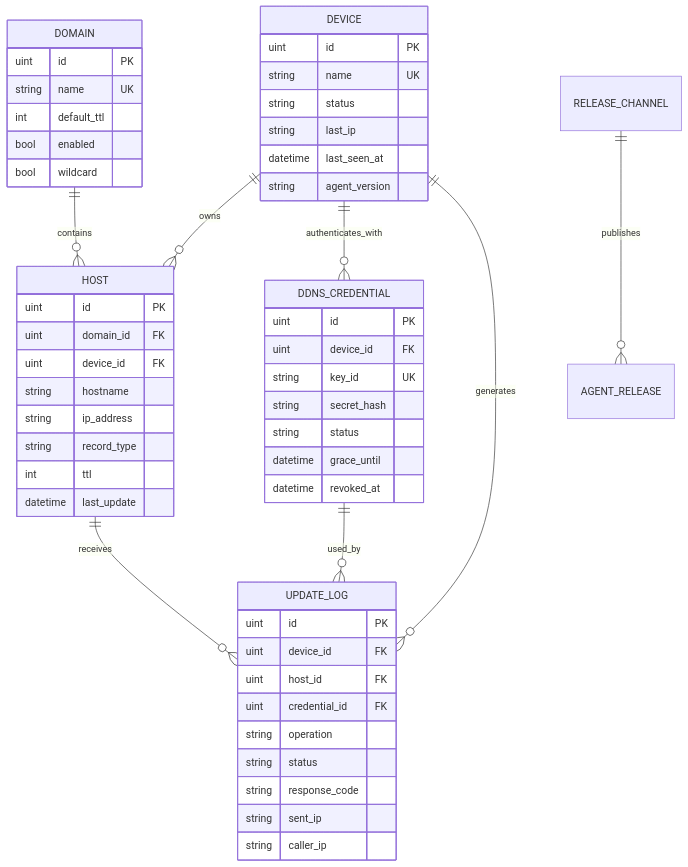
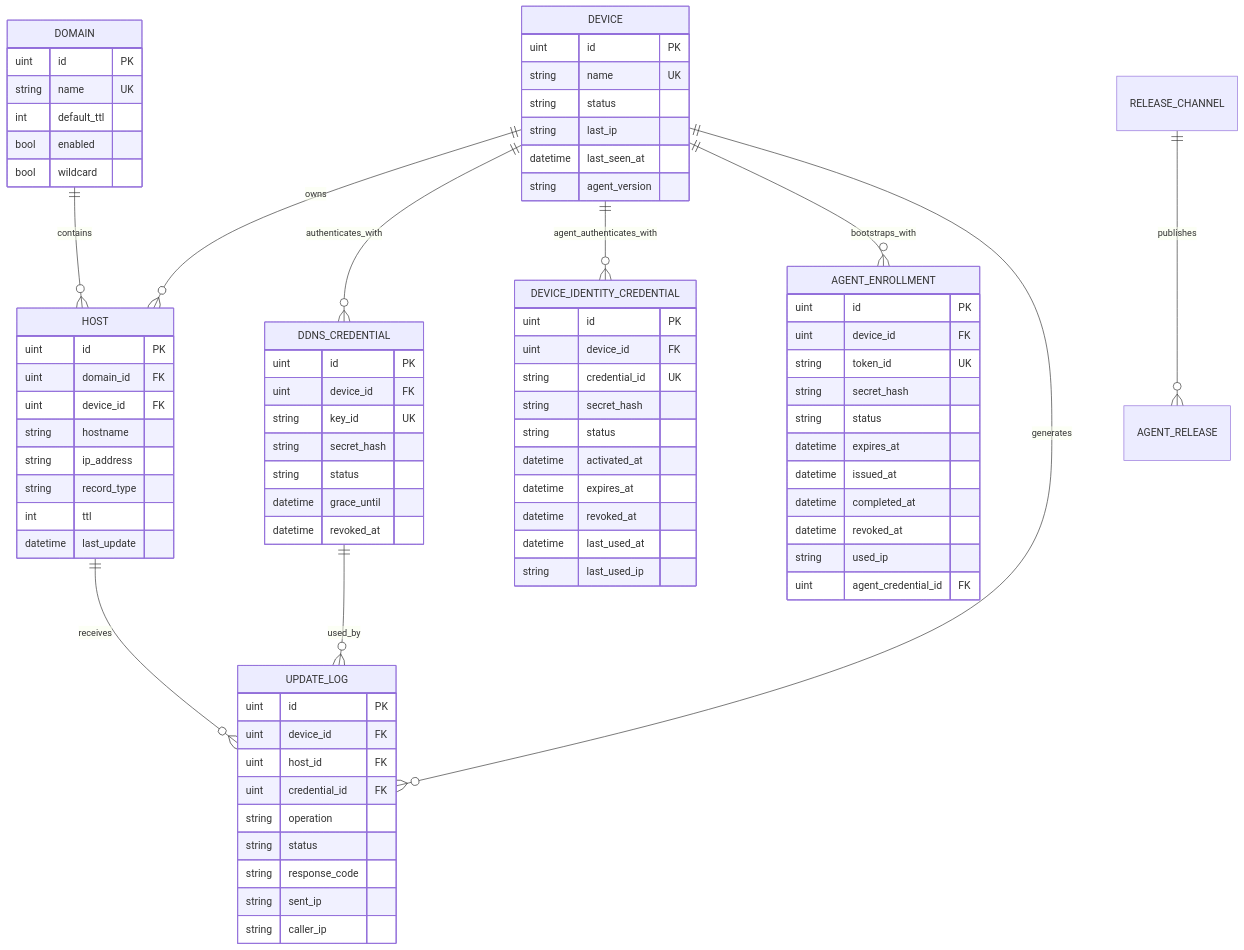
The second of 6 diagrams in products/hermes/docs/architecture-functional-spec-v1.0/README.md (mca-rolando/OLIMPO), drawn with Mermaid before and after one commit. The commit also changed other lines of this file and 12 other files, not shown here.

Commit message:
HermesDDNS 26.08-02: add secure agent enrollment

```diff
--- a/products/hermes/docs/architecture-functional-spec-v1.0/README.md
+++ b/products/hermes/docs/architecture-functional-spec-v1.0/README.md
@@ -61,6 +61,8 @@
   DOMAIN ||--o{ HOST : contains
   DEVICE ||--o{ HOST : owns
   DEVICE ||--o{ DDNS_CREDENTIAL : authenticates_with
+  DEVICE ||--o{ DEVICE_IDENTITY_CREDENTIAL : agent_authenticates_with
+  DEVICE ||--o{ AGENT_ENROLLMENT : bootstraps_with
   DEVICE ||--o{ UPDATE_LOG : generates
   HOST ||--o{ UPDATE_LOG : receives
   DDNS_CREDENTIAL ||--o{ UPDATE_LOG : used_by
@@ -80,6 +82,31 @@
     string last_ip
     datetime last_seen_at
     string agent_version
+  }
+  DEVICE_IDENTITY_CREDENTIAL {
+    uint id PK
+    uint device_id FK
+    string credential_id UK
+    string secret_hash
+    string status
+    datetime activated_at
+    datetime expires_at
+    datetime revoked_at
+    datetime last_used_at
+    string last_used_ip
+  }
+  AGENT_ENROLLMENT {
+    uint id PK
+    uint device_id FK
+    string token_id UK
+    string secret_hash
+    string status
+    datetime expires_at
+    datetime issued_at
+    datetime completed_at
+    datetime revoked_at
+    string used_ip
+    uint agent_credential_id FK
   }
   HOST {
     uint id PK
```
